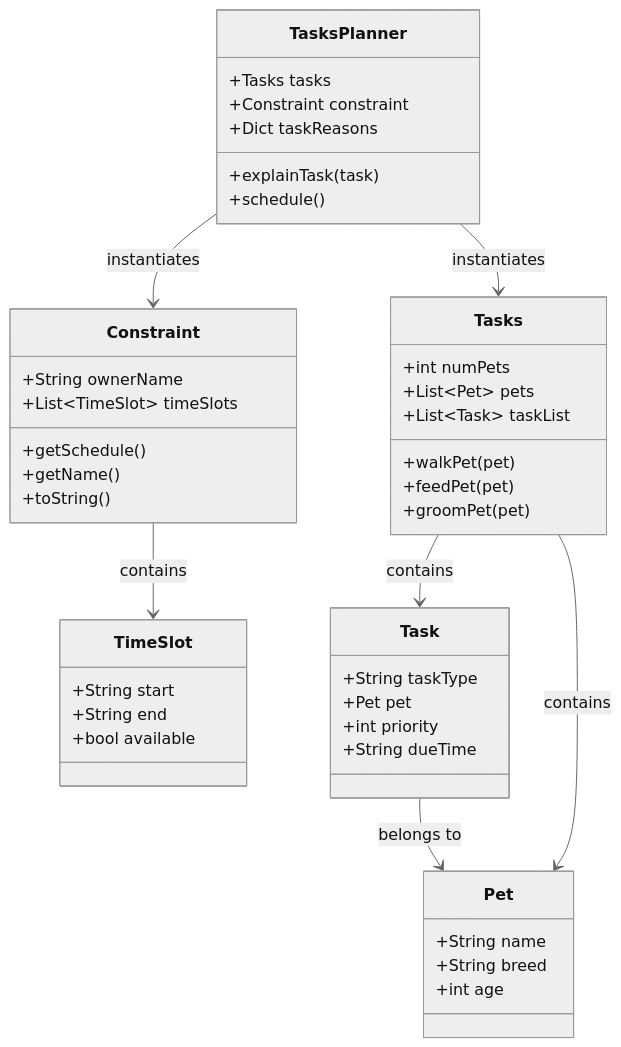
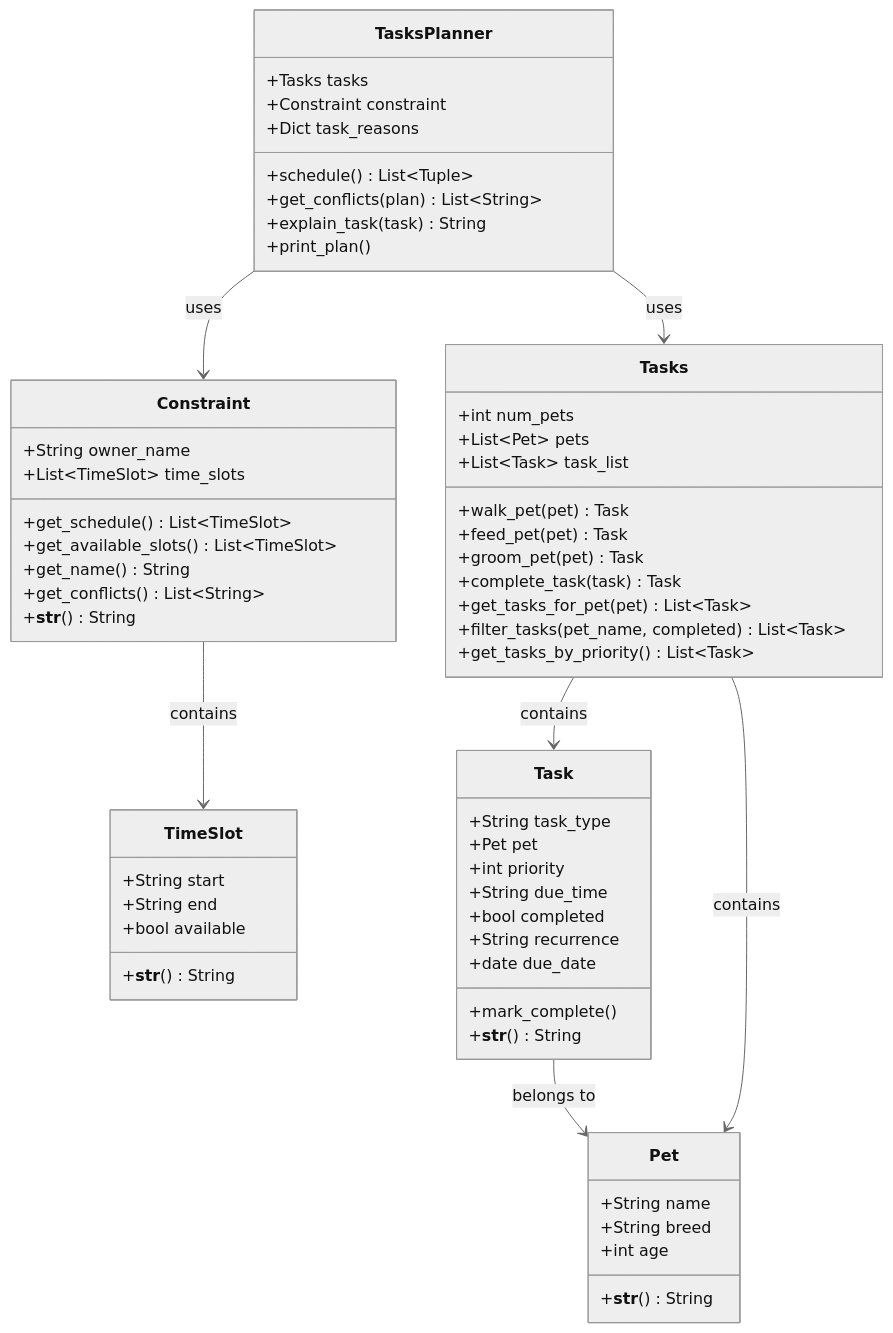
The diagram in reflection.md (jialis3-2133498/ai110-module2show-pawpal-starter), drawn with Mermaid (neutral theme) before and after one commit. The commit also changed 3 other files, not shown here.

````diff
--- a/reflection.md
+++ b/reflection.md
@@ -20,53 +20,68 @@
 ```mermaid
 classDiagram
     class Pet {
         +String name
         +String breed
         +int age
+        +__str__() String
     }
 
     class TimeSlot {
         +String start
         +String end
         +bool available
+        +__str__() String
     }
 
     class Task {
-        +String taskType
+        +String task_type
         +Pet pet
         +int priority
-        +String dueTime
+        +String due_time
+        +bool completed
+        +String recurrence
+        +date due_date
+        +mark_complete()
+        +__str__() String
     }
 
     class Tasks {
-        +int numPets
+        +int num_pets
         +List~Pet~ pets
-        +List~Task~ taskList
-        +walkPet(pet)
-        +feedPet(pet)
-        +groomPet(pet)
+        +List~Task~ task_list
+        +walk_pet(pet) Task
+        +feed_pet(pet) Task
+        +groom_pet(pet) Task
+        +complete_task(task) Task
+        +get_tasks_for_pet(pet) List~Task~
+        +filter_tasks(pet_name, completed) List~Task~
+        +get_tasks_by_priority() List~Task~
     }
 
     class Constraint {
-        +String ownerName
-        +List~TimeSlot~ timeSlots
-        +getSchedule()
-        +getName()
-        +toString()
+        +String owner_name
+        +List~TimeSlot~ time_slots
+        +get_schedule() List~TimeSlot~
+        +get_available_slots() List~TimeSlot~
+        +get_name() String
+        +get_conflicts() List~String~
+        +__str__() String
     }
 
     class TasksPlanner {
         +Tasks tasks
         +Constraint constraint
-        +Dict taskReasons
-        +explainTask(task)
-        +schedule()
+        +Dict task_reasons
+        +schedule() List~Tuple~
+        +get_conflicts(plan) List~String~
+        +explain_task(task) String
+        +print_plan()
     }
 
     Task --> Pet : belongs to
     Tasks --> Pet : contains
     Tasks --> Task : contains
     Constraint --> TimeSlot : contains
-    TasksPlanner --> Tasks : instantiates
-    TasksPlanner --> Constraint : instantiates
+    TasksPlanner --> Tasks : uses
+    TasksPlanner --> Constraint : uses
 ```
````
